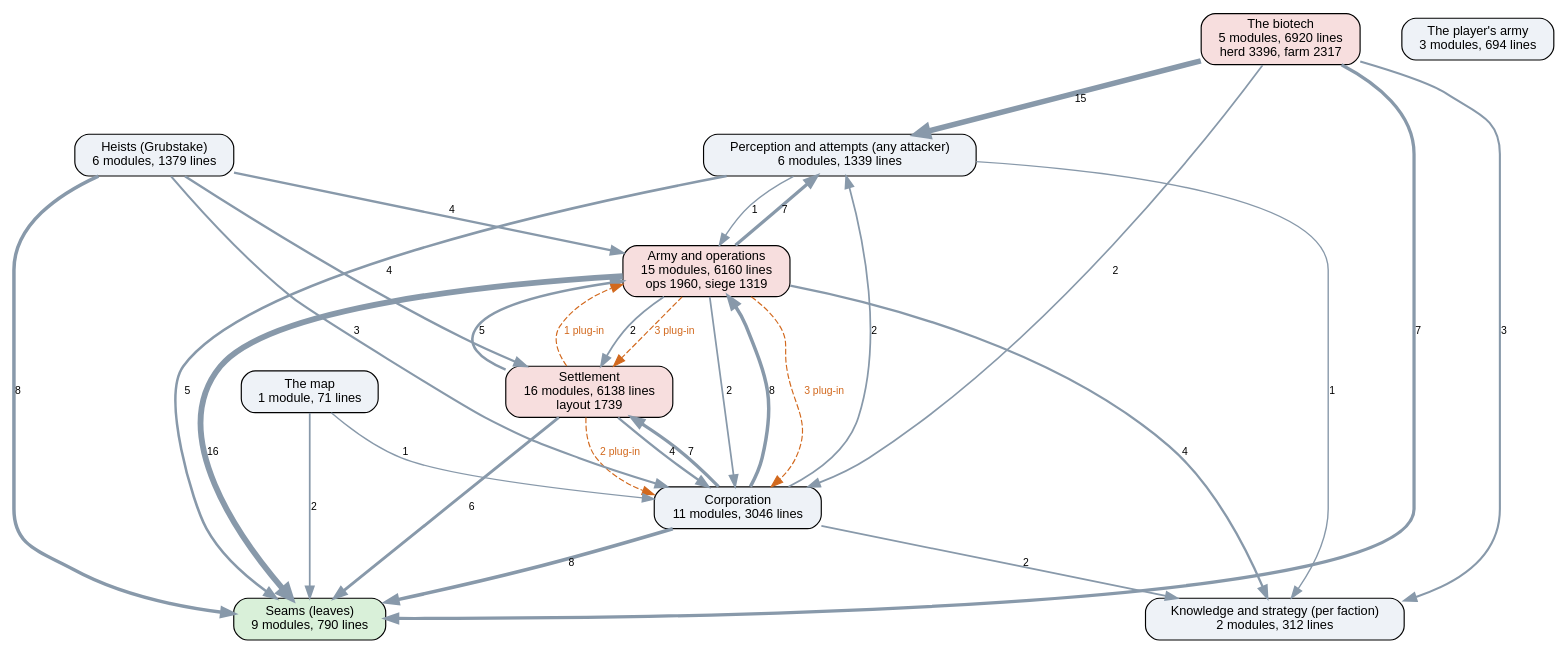
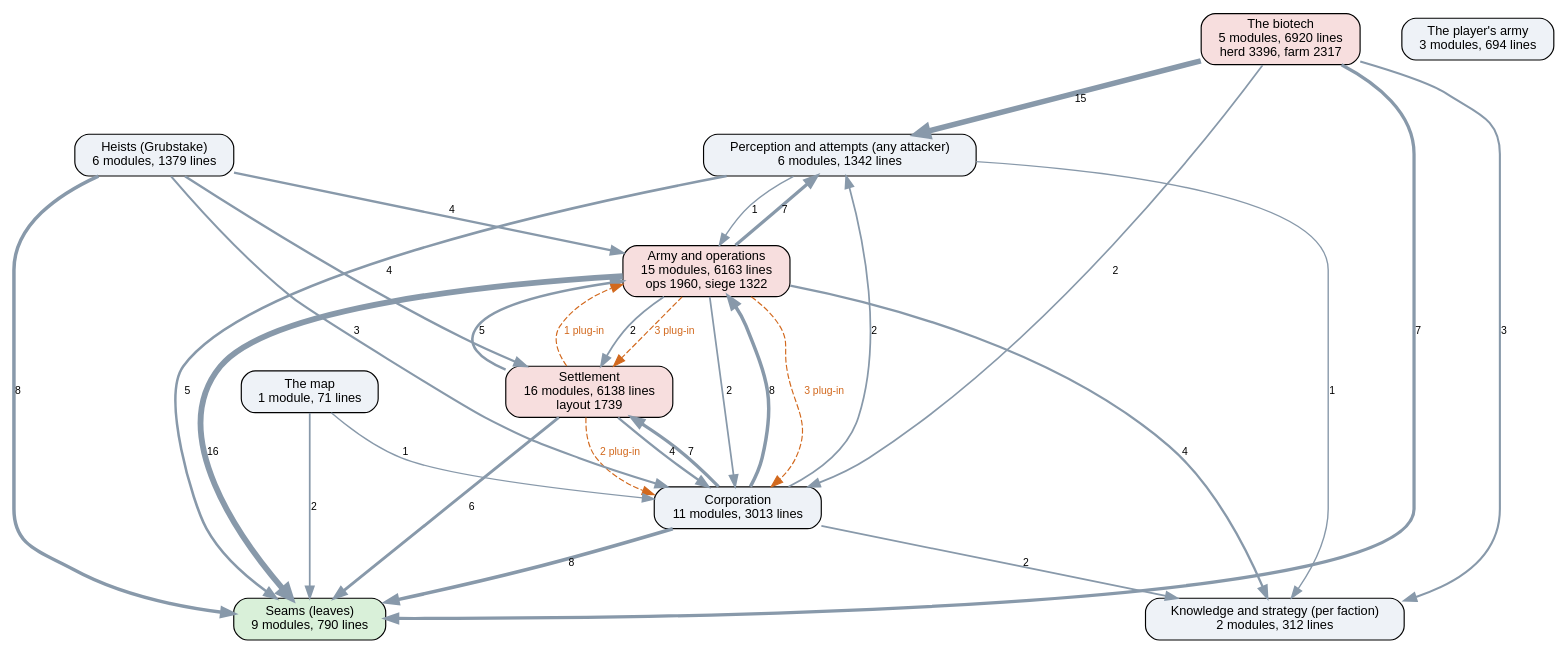
One commit to kinelhu/landing-party changed the diagram in docs/ai-layers.dot. Above: the diagram before and after it, drawn with Graphviz. The commit also changed 15 other files, not shown here.

```diff
--- a/docs/ai-layers.dot
+++ b/docs/ai-layers.dot
@@ -1,45 +1,45 @@
 digraph layers {
   graph [rankdir=TB, fontname="Helvetica", nodesep=0.5, ranksep=0.7];
   node [shape=box, style="rounded,filled", fontname="Helvetica", fontsize=11, fillcolor="#eef2f7"];
   edge [color="#8899aa", fontname="Helvetica", fontsize=9];
   "Seams (leaves)" [label="Seams (leaves)\n9 modules, 790 lines", fillcolor="#d9f0d9"];
-  "Perception and attempts (any attacker)" [label="Perception and attempts (any attacker)\n6 modules, 1339 lines", fillcolor="#eef2f7"];
+  "Perception and attempts (any attacker)" [label="Perception and attempts (any attacker)\n6 modules, 1342 lines", fillcolor="#eef2f7"];
   "Knowledge and strategy (per faction)" [label="Knowledge and strategy (per faction)\n2 modules, 312 lines", fillcolor="#eef2f7"];
-  "Corporation" [label="Corporation\n11 modules, 3046 lines", fillcolor="#eef2f7"];
+  "Corporation" [label="Corporation\n11 modules, 3013 lines", fillcolor="#eef2f7"];
   "Settlement" [label="Settlement\n16 modules, 6138 lines\nlayout 1739", fillcolor="#f7dede"];
-  "Army and operations" [label="Army and operations\n15 modules, 6160 lines\nops 1960, siege 1319", fillcolor="#f7dede"];
+  "Army and operations" [label="Army and operations\n15 modules, 6163 lines\nops 1960, siege 1322", fillcolor="#f7dede"];
   "Heists (Grubstake)" [label="Heists (Grubstake)\n6 modules, 1379 lines", fillcolor="#eef2f7"];
   "The biotech" [label="The biotech\n5 modules, 6920 lines\nherd 3396, farm 2317", fillcolor="#f7dede"];
   "The map" [label="The map\n1 module, 71 lines", fillcolor="#eef2f7"];
   "The player's army" [label="The player's army\n3 modules, 694 lines", fillcolor="#eef2f7"];
   "Army and operations" -> "Corporation" [label="2", penwidth=1.5];
   "Army and operations" -> "Knowledge and strategy (per faction)" [label="4", penwidth=2.0];
   "Army and operations" -> "Perception and attempts (any attacker)" [label="7", penwidth=2.8];
   "Army and operations" -> "Seams (leaves)" [label="16", penwidth=5.0];
   "Army and operations" -> "Settlement" [label="2", penwidth=1.5];
   "Corporation" -> "Army and operations" [label="8", penwidth=3.0];
   "Corporation" -> "Knowledge and strategy (per faction)" [label="2", penwidth=1.5];
   "Corporation" -> "Perception and attempts (any attacker)" [label="2", penwidth=1.5];
   "Corporation" -> "Seams (leaves)" [label="8", penwidth=3.0];
   "Corporation" -> "Settlement" [label="7", penwidth=2.8];
   "Heists (Grubstake)" -> "Army and operations" [label="4", penwidth=2.0];
   "Heists (Grubstake)" -> "Corporation" [label="3", penwidth=1.8];
   "Heists (Grubstake)" -> "Seams (leaves)" [label="8", penwidth=3.0];
   "Heists (Grubstake)" -> "Settlement" [label="4", penwidth=2.0];
   "Perception and attempts (any attacker)" -> "Army and operations" [label="1", penwidth=1.2];
   "Perception and attempts (any attacker)" -> "Knowledge and strategy (per faction)" [label="1", penwidth=1.2];
   "Perception and attempts (any attacker)" -> "Seams (leaves)" [label="5", penwidth=2.2];
   "Settlement" -> "Army and operations" [label="5", penwidth=2.2];
   "Settlement" -> "Corporation" [label="4", penwidth=2.0];
   "Settlement" -> "Seams (leaves)" [label="6", penwidth=2.5];
   "The biotech" -> "Corporation" [label="2", penwidth=1.5];
   "The biotech" -> "Knowledge and strategy (per faction)" [label="3", penwidth=1.8];
   "The biotech" -> "Perception and attempts (any attacker)" [label="15", penwidth=4.8];
   "The biotech" -> "Seams (leaves)" [label="7", penwidth=2.8];
   "The map" -> "Corporation" [label="1", penwidth=1.2];
   "The map" -> "Seams (leaves)" [label="2", penwidth=1.5];
   "Army and operations" -> "Corporation" [style=dashed, color="#d2691e", fontcolor="#d2691e", label="3 plug-in"];
   "Army and operations" -> "Settlement" [style=dashed, color="#d2691e", fontcolor="#d2691e", label="3 plug-in"];
   "Settlement" -> "Army and operations" [style=dashed, color="#d2691e", fontcolor="#d2691e", label="1 plug-in"];
   "Settlement" -> "Corporation" [style=dashed, color="#d2691e", fontcolor="#d2691e", label="2 plug-in"];
 }
```
